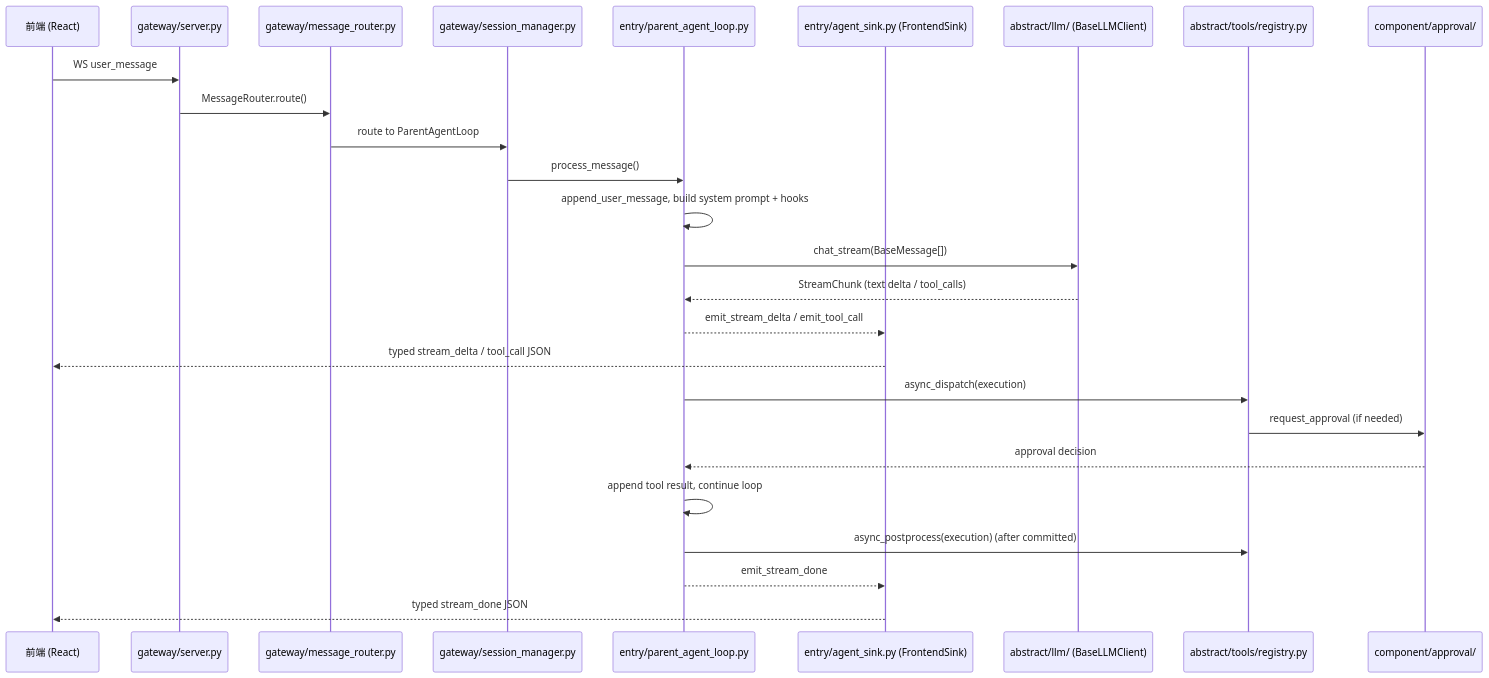
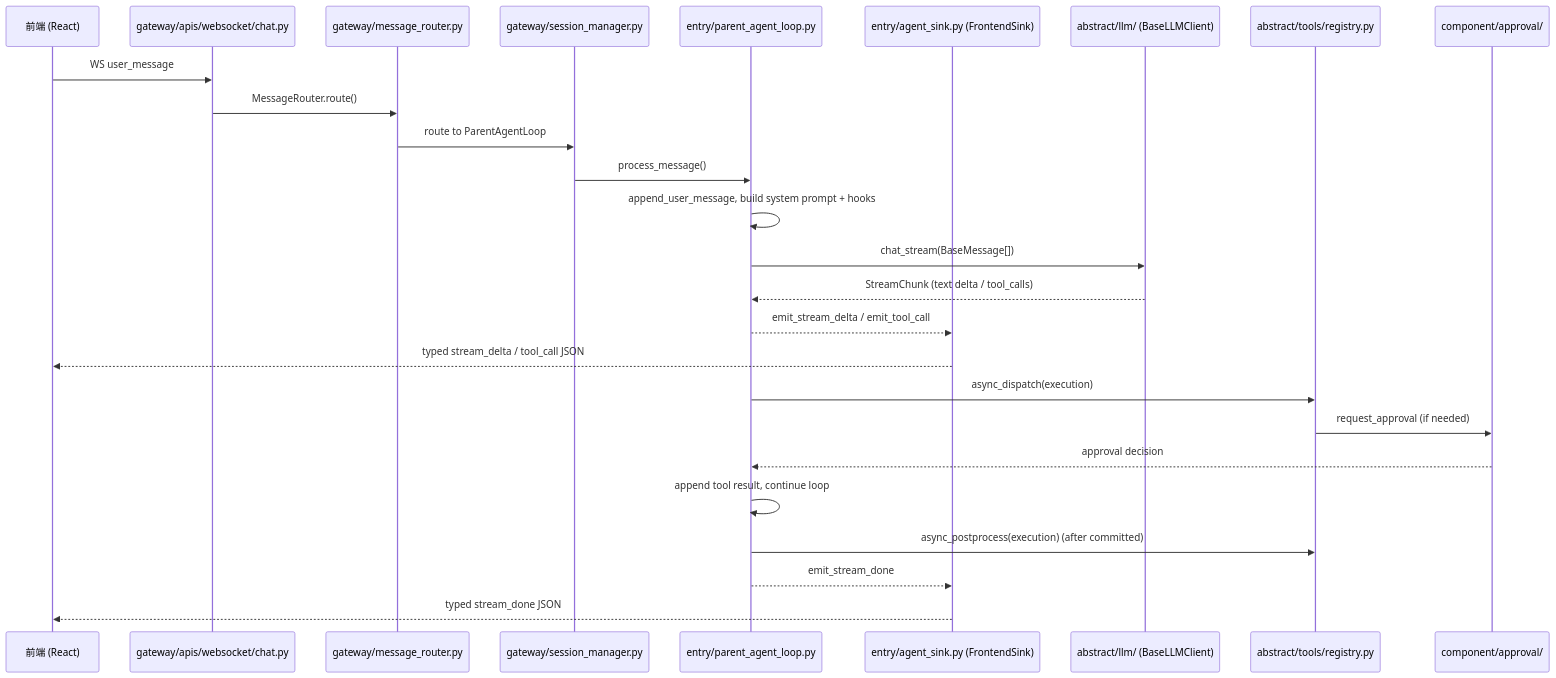
Before and after one commit to NINEMINEsigma/evolve-agent: the diagram in DEV-README.md, drawn with Mermaid. The commit also changed other lines of this file and 178 other files, not shown here.

````diff
--- a/DEV-README.md
+++ b/DEV-README.md
@@ -135,29 +135,29 @@
 ```mermaid
 sequenceDiagram
     participant FE as 前端 (React)
-    participant GW as gateway/server.py
+    participant GW as gateway/apis/websocket/chat.py
     participant MR as gateway/message_router.py
     participant SM as gateway/session_manager.py
     participant PAL as entry/parent_agent_loop.py
     participant FS as entry/agent_sink.py (FrontendSink)
     participant LLM as abstract/llm/ (BaseLLMClient)
     participant TR as abstract/tools/registry.py
     participant APP as component/approval/
 
     FE->>GW: WS user_message
     GW->>MR: MessageRouter.route()
     MR->>SM: route to ParentAgentLoop
     SM->>PAL: process_message()
     PAL->>PAL: append_user_message, build system prompt + hooks
     PAL->>LLM: chat_stream(BaseMessage[])
     LLM-->>PAL: StreamChunk (text delta / tool_calls)
     PAL-->>FS: emit_stream_delta / emit_tool_call
     FS-->>FE: typed stream_delta / tool_call JSON
     PAL->>TR: async_dispatch(execution)
     TR->>APP: request_approval (if needed)
     APP-->>PAL: approval decision
     PAL->>PAL: append tool result, continue loop
     PAL->>TR: async_postprocess(execution) (after committed)
     PAL-->>FS: emit_stream_done
     FS-->>FE: typed stream_done JSON
 ```
````
